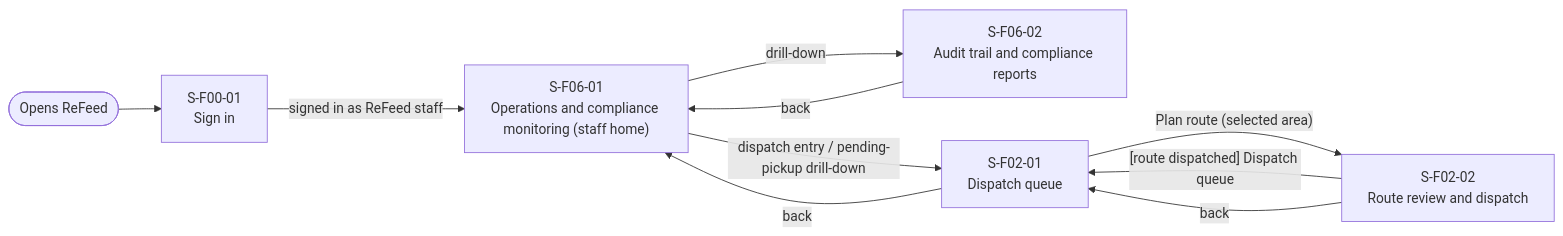
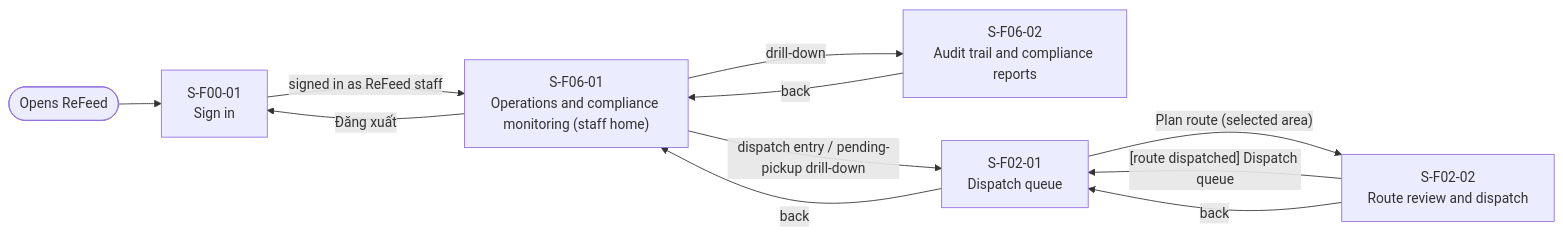
Before and after one commit to thuyvicbh-alt/DBIZ2---GROUP-D: the fourth of 4 diagrams in docs/external-design/screen-transition.md, drawn with Mermaid. The commit also changed other lines of this file, not shown here.

````diff
--- a/docs/external-design/screen-transition.md
+++ b/docs/external-design/screen-transition.md
@@ -107,18 +110,19 @@
 ```mermaid
 flowchart LR
   entry(["Opens ReFeed"])
   S00_01["S-F00-01<br>Sign in"]
   S06_01["S-F06-01<br>Operations and compliance monitoring (staff home)"]
   S06_02["S-F06-02<br>Audit trail and compliance reports"]
   S02_01["S-F02-01<br>Dispatch queue"]
   S02_02["S-F02-02<br>Route review and dispatch"]
   entry --> S00_01
   S00_01 -->|"signed in as ReFeed staff"| S06_01
   S06_01 -->|"dispatch entry / pending-pickup drill-down"| S02_01
   S06_01 -->|"drill-down"| S06_02
+  S06_01 -->|"Đăng xuất"| S00_01
   S02_01 -->|"Plan route (selected area)"| S02_02
   S02_01 -->|"back"| S06_01
   S02_02 -->|"[route dispatched] Dispatch queue"| S02_01
   S02_02 -->|"back"| S02_01
   S06_02 -->|"back"| S06_01
 ```
````
